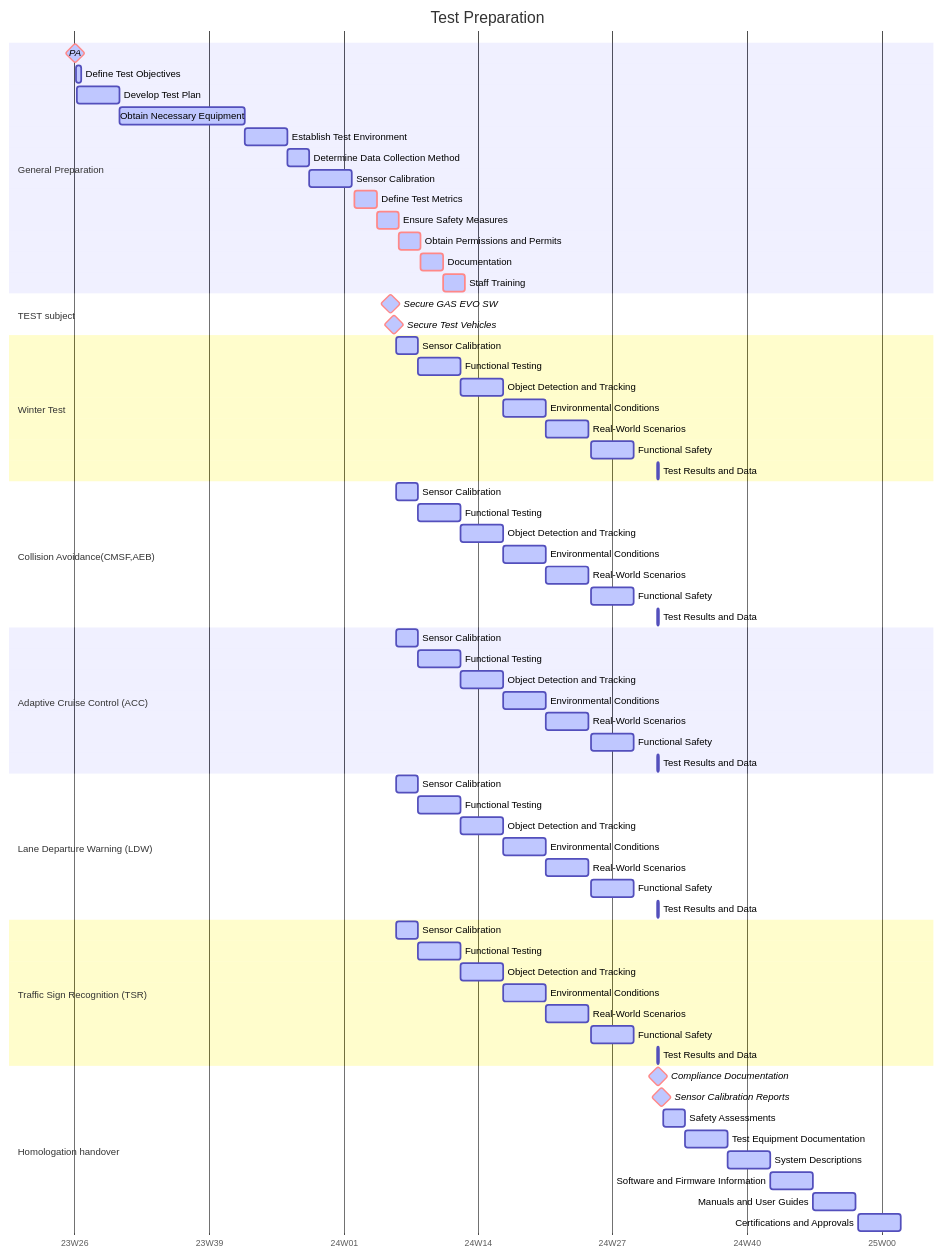
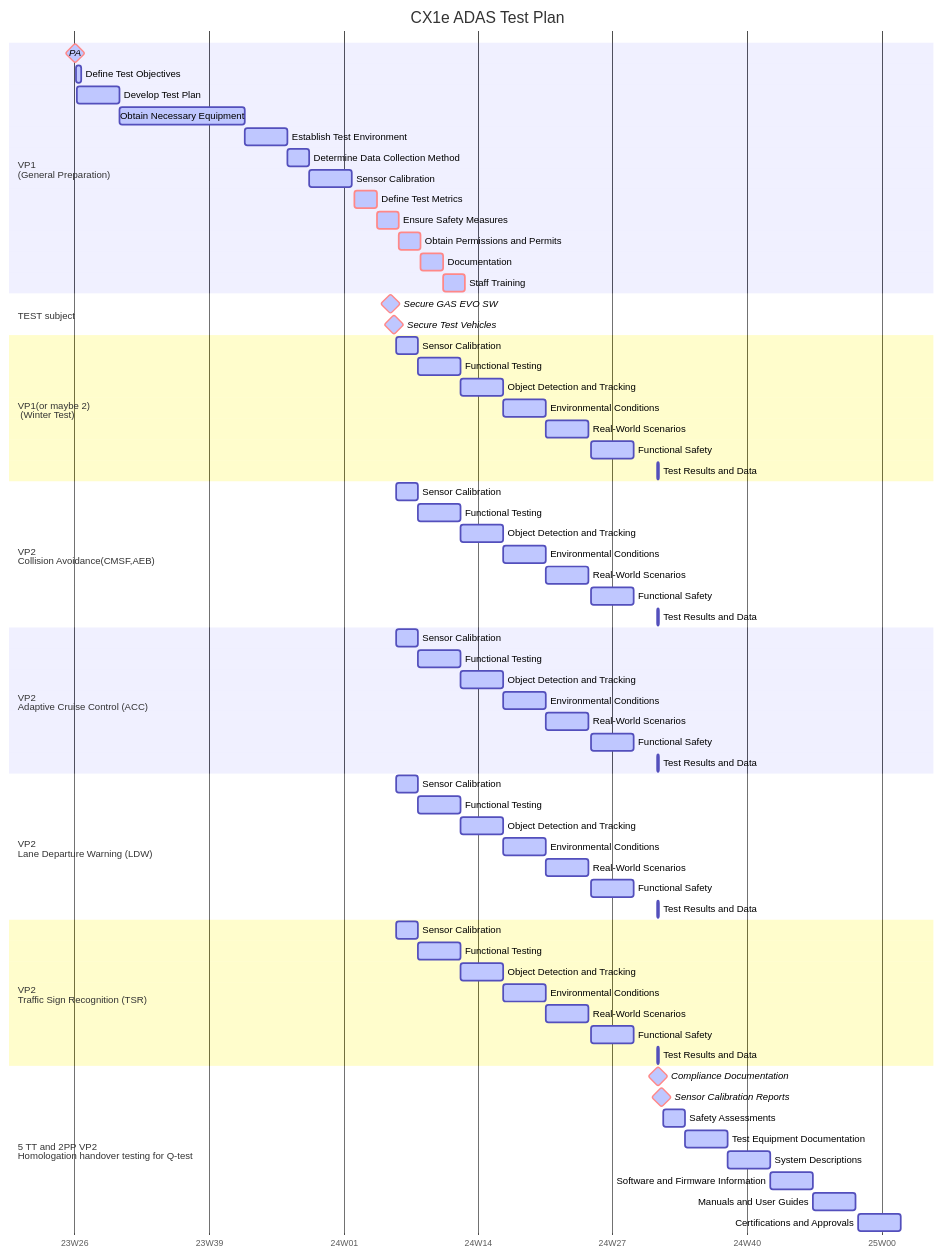
The diagram in TESTPLAN.md (JaewooJoung/julia), drawn with Mermaid before and after one commit. The commit also changed 2 other files, not shown here.

Commit message:
20230616111300 Duck DB is GOOD

````diff
--- a/TESTPLAN.md
+++ b/TESTPLAN.md
@@ -1,80 +1,80 @@
 ```mermaid
 %%{init: {'theme': 'nuetral' } }%%
 gantt
     dateFormat YYWW
     axisFormat %yW%W
-    title Test Preparation
+    title CX1e ADAS Test Plan
 
-    section General Preparation
+    section VP1 <br> (General Preparation)
 	PA	: crit, active, milestone, 2023-07-01,1d
 	Define Test Objectives	: active, des1, 2023-07-02,4d
 	Develop Test Plan	: active, des2, 2023-07-03,29d
 	Obtain Necessary Equipment	: active, des3, 2023-08-01,85d
 	Establish Test Environment	: active, des4, 2023-10-25,29d
 	Determine Data Collection Method	: active, des5, 2023-11-23,15d
 	Sensor Calibration	: active, des6, 2023-12-08,29d
 	Define Test Metrics	: crit, active, des7, 2024-01-08,15d
 	Ensure Safety Measures	: crit, active, des8, 2024-01-23,15d
 	Obtain Permissions and Permits	: crit, active, des9, 2024-02-07,15d
 	Documentation	: crit, active, des10, 2024-02-22,15d
 	Staff Training	: crit, active, des11, 2024-03-08,15d
 
     section TEST subject
 	Secure GAS EVO SW	: crit, active, milestone, 2024-02-01,1d
 	Secure Test Vehicles	: crit, active, milestone, 2024-02-02,4d
 
-    section Winter Test
+    section VP1(or maybe 2)<br> (Winter Test)
 	Sensor Calibration	: active, des2, 2024-02-05,15d
 	Functional Testing	: active, des3, 2024-02-20,29d
 	Object Detection and Tracking	: active, des4, 2024-03-20,29d
 	Environmental Conditions	: active, des5, 2024-04-18,29d
 	Real-World Scenarios	: active, des6, 2024-05-17,29d
 	Functional Safety	: active, des7, 2024-06-17,29d
     Test Results and Data	: active, des8, 2024-08-01,1d
 
-    section Collision Avoidance(CMSF,AEB)
+    section VP2 <br> Collision Avoidance(CMSF,AEB)
 	Sensor Calibration	: active, des2, 2024-02-05,15d
 	Functional Testing	: active, des3, 2024-02-20,29d
 	Object Detection and Tracking	: active, des4, 2024-03-20,29d
 	Environmental Conditions	: active, des5, 2024-04-18,29d
 	Real-World Scenarios	: active, des6, 2024-05-17,29d
 	Functional Safety	: active, des7, 2024-06-17,29d
     Test Results and Data	: active, des8, 2024-08-01,1d
     
-    section Adaptive Cruise Control (ACC)
+    section VP2 <br> Adaptive Cruise Control (ACC)
 	Sensor Calibration	: active, des2, 2024-02-05,15d
 	Functional Testing	: active, des3, 2024-02-20,29d
 	Object Detection and Tracking	: active, des4, 2024-03-20,29d
 	Environmental Conditions	: active, des5, 2024-04-18,29d
 	Real-World Scenarios	: active, des6, 2024-05-17,29d
 	Functional Safety	: active, des7, 2024-06-17,29d
     Test Results and Data	: active, des8, 2024-08-01,1d
     
-    section Lane Departure Warning (LDW)
+    section VP2 <br> Lane Departure Warning (LDW)
 	Sensor Calibration	: active, des2, 2024-02-05,15d
 	Functional Testing	: active, des3, 2024-02-20,29d
 	Object Detection and Tracking	: active, des4, 2024-03-20,29d
 	Environmental Conditions	: active, des5, 2024-04-18,29d
 	Real-World Scenarios	: active, des6, 2024-05-17,29d
 	Functional Safety	: active, des7, 2024-06-17,29d
     Test Results and Data	: active, des8, 2024-08-01,1d
     
-    section Traffic Sign Recognition (TSR)
+    section VP2 <br> Traffic Sign Recognition (TSR)
 	Sensor Calibration	: active, des2, 2024-02-05,15d
 	Functional Testing	: active, des3, 2024-02-20,29d
 	Object Detection and Tracking	: active, des4, 2024-03-20,29d
 	Environmental Conditions	: active, des5, 2024-04-18,29d
 	Real-World Scenarios	: active, des6, 2024-05-17,29d
 	Functional Safety	: active, des7, 2024-06-17,29d
     Test Results and Data	: active, des8, 2024-08-01,1d
 
-    section Homologation handover
+    section 5 TT and 2PP VP2 <br> Homologation handover testing for Q-test
 	Compliance Documentation	: crit, active, milestone, 2024-08-01,1d
 	Sensor Calibration Reports	: crit, active, milestone, 2024-08-02,4d
 	Safety Assessments	: active, des2, 2024-08-05,15d
 	Test Equipment Documentation	: active, des3, 2024-08-20,29d
 	System Descriptions	: active, des4, 2024-09-18,29d
 	Software and Firmware Information	: active, des5, 2024-10-17,29d
 	Manuals and User Guides	: active, des6, 2024-11-15,29d
 	Certifications and Approvals	: active, des7, 2024-12-16,29d
 ```
````
